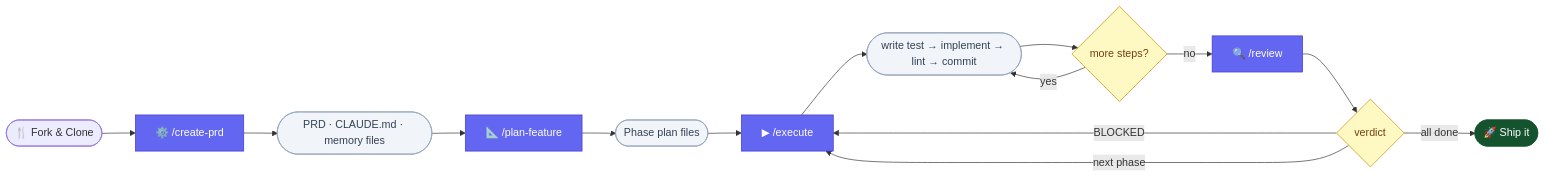
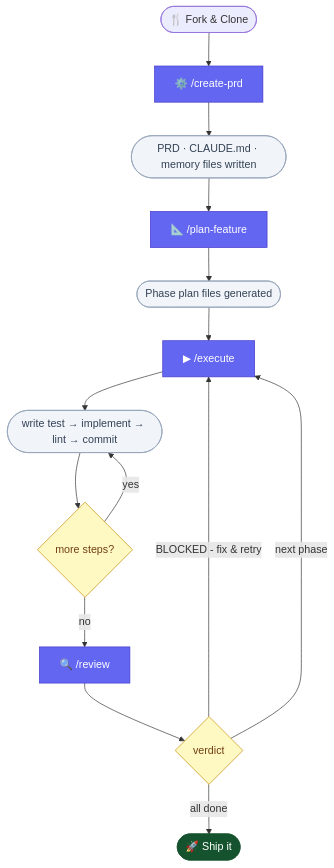
Before and after one commit to rohan-kantaria/ai-dev-harness: the diagram in README.md, drawn with Mermaid.

Commit message:
docs: switch flowchart back to vertical layout for readability
LR was too compact to read at GitHub's default zoom. TD with color-coded
nodes keeps it pretty while staying legible.

````diff
--- a/README.md
+++ b/README.md
@@ -11,24 +11,24 @@
 ```mermaid
-flowchart LR
+flowchart TD
     classDef cmd fill:#6366f1,stroke:#4338ca,color:#fff
     classDef artifact fill:#f1f5f9,stroke:#94a3b8,color:#334155
     classDef gate fill:#fef9c3,stroke:#ca8a04,color:#713f12
     classDef terminal fill:#14532d,stroke:#14532d,color:#fff
 
-    A(["🍴 Fork & Clone"]) --> B
+    A(["🍴 Fork & Clone"]) --> B["⚙️ /create-prd"]:::cmd
+    B --> C(["PRD · CLAUDE.md · memory files written"]):::artifact
 
-    B["⚙️ /create-prd"]:::cmd --> C(["PRD · CLAUDE.md · memory files"]):::artifact
     C --> D["📐 /plan-feature"]:::cmd
-    D --> E(["Phase plan files"]):::artifact
+    D --> E(["Phase plan files generated"]):::artifact
+
     E --> F["▶ /execute"]:::cmd
-
     F --> G(["write test → implement → lint → commit"]):::artifact
     G --> H{"more steps?"}:::gate
     H -->|yes| G
     H -->|no| I["🔍 /review"]:::cmd
 
     I --> J{"verdict"}:::gate
-    J -->|BLOCKED| F
+    J -->|BLOCKED - fix & retry| F
     J -->|"next phase"| F
     J -->|"all done"| K(["🚀 Ship it"]):::terminal
 ```
````
